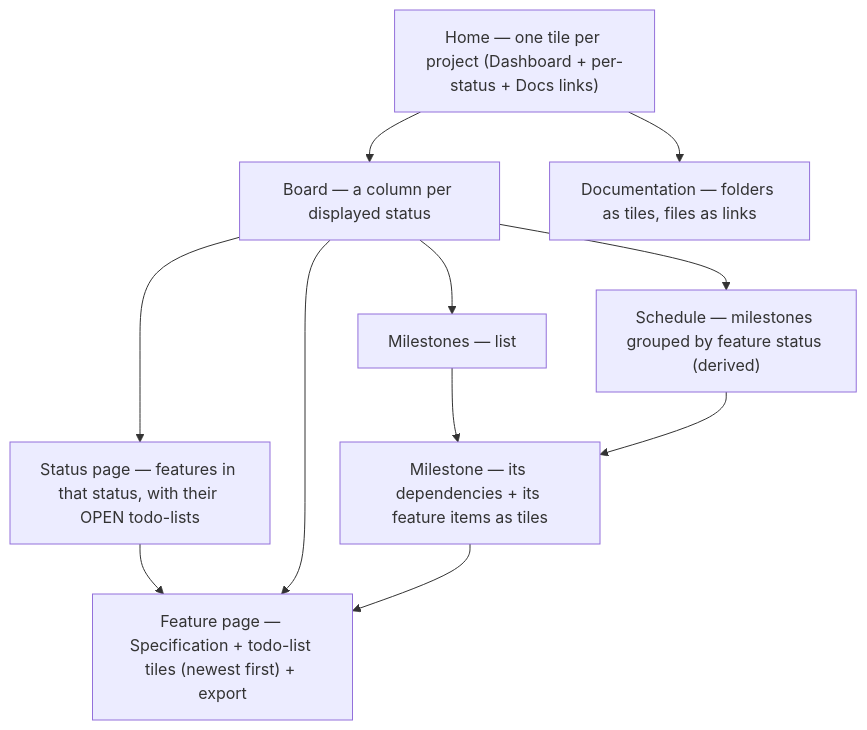
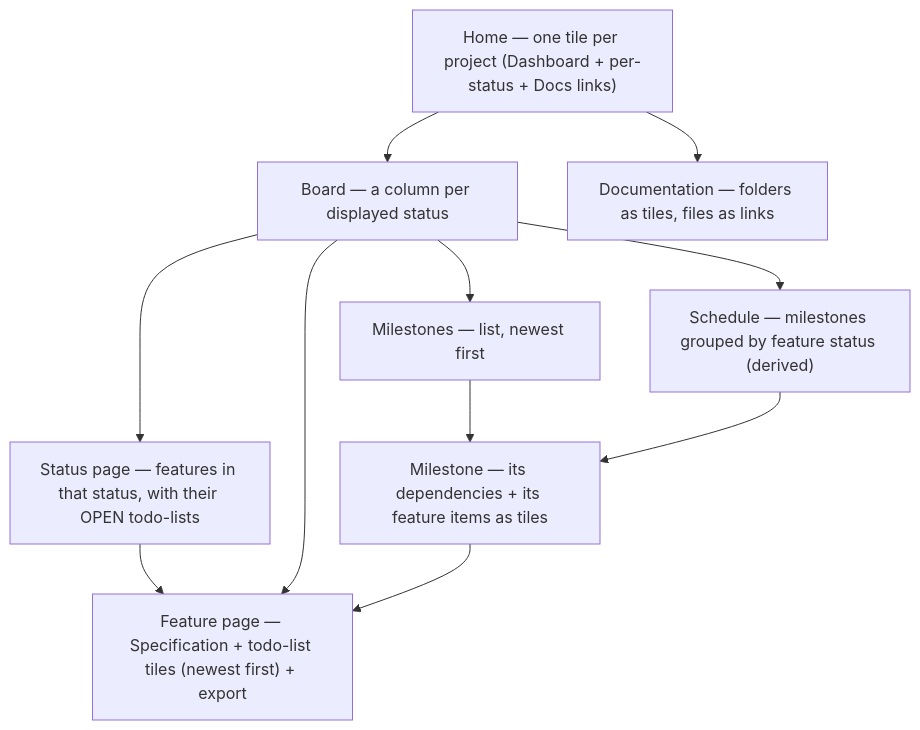
Before and after one commit to startr-trade/kanbanr: the diagram in docs/src/using/the-monitor.md, drawn with Mermaid. The commit also changed other lines of this file and 4 other files, not shown here.

First line of the commit message:
Document newest-first milestone lists: skill, CLI reference, monitor, changelog (FTR-031)

````diff
--- a/docs/src/using/the-monitor.md
+++ b/docs/src/using/the-monitor.md
@@ -219,16 +219,16 @@
 ```mermaid
 flowchart TD
   Home["Home — one tile per project (Dashboard + per-status + Docs links)"]
   Board["Board — a column per displayed status"]
   Status["Status page — features in that status, with their OPEN todo-lists"]
   Feature["Feature page — Specification + todo-list tiles (newest first) + export"]
-  Ms["Milestones — list"]
+  Ms["Milestones — list, newest first"]
   MsOne["Milestone — its dependencies + its feature items as tiles"]
   Sched["Schedule — milestones grouped by feature status (derived)"]
   Docs["Documentation — folders as tiles, files as links"]
   Home --> Board --> Status --> Feature
   Board --> Feature
   Board --> Ms --> MsOne --> Feature
   Board --> Sched --> MsOne
   Home --> Docs
 ```
````
